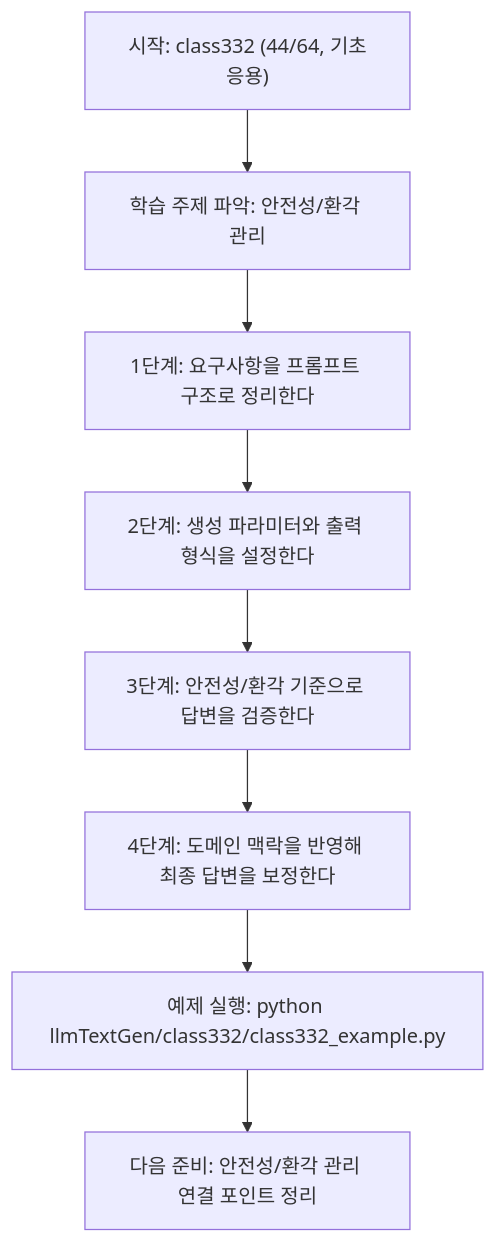
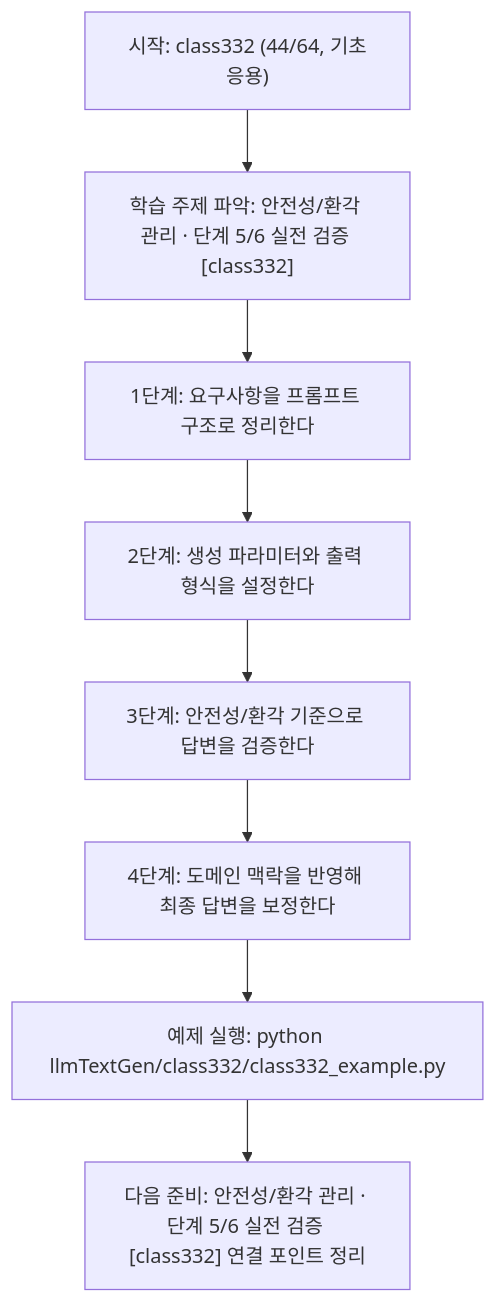
Before and after one commit to edumgt/Python-AI_Agent-Class: the diagram in llmTextGen/class332/class332.md, drawn with Mermaid. The commit also changed other lines of this file and 522 other files, not shown here.

````diff
--- a/llmTextGen/class332/class332.md
+++ b/llmTextGen/class332/class332.md
@@ -113,18 +114,18 @@
 ```mermaid
 flowchart TD
 N1["시작: class332 (44/64, 기초응용)"]
-N2["학습 주제 파악: 안전성/환각 관리"]
+N2["학습 주제 파악: 안전성/환각 관리 · 단계 5/6 실전 검증 [class332]"]
 N3["1단계: 요구사항을 프롬프트 구조로 정리한다"]
 N4["2단계: 생성 파라미터와 출력 형식을 설정한다"]
 N5["3단계: 안전성/환각 기준으로 답변을 검증한다"]
 N6["4단계: 도메인 맥락을 반영해 최종 답변을 보정한다"]
 N7["예제 실행: python llmTextGen/class332/class332_example.py"]
-N8["다음 준비: 안전성/환각 관리 연결 포인트 정리"]
+N8["다음 준비: 안전성/환각 관리 · 단계 5/6 실전 검증 [class332] 연결 포인트 정리"]
 N1 --> N2
 N2 --> N3
 N3 --> N4
 N4 --> N5
 N5 --> N6
 N6 --> N7
 N7 --> N8
 ```
````
